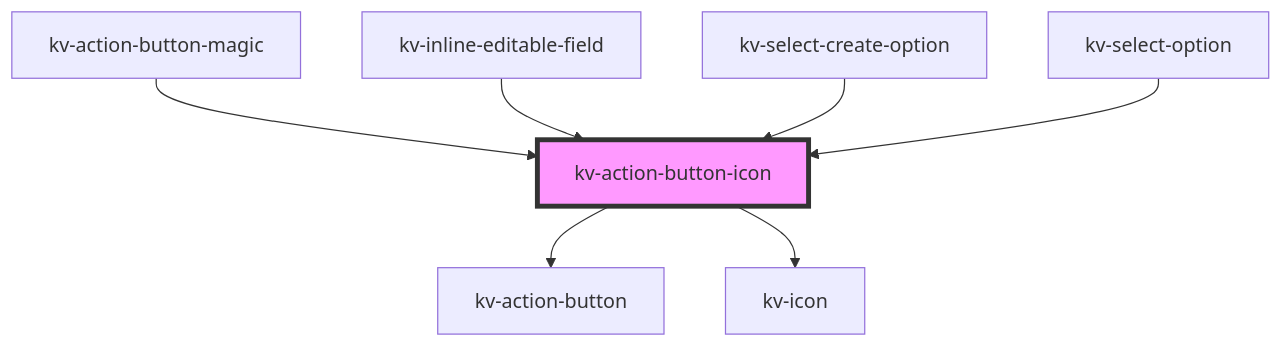
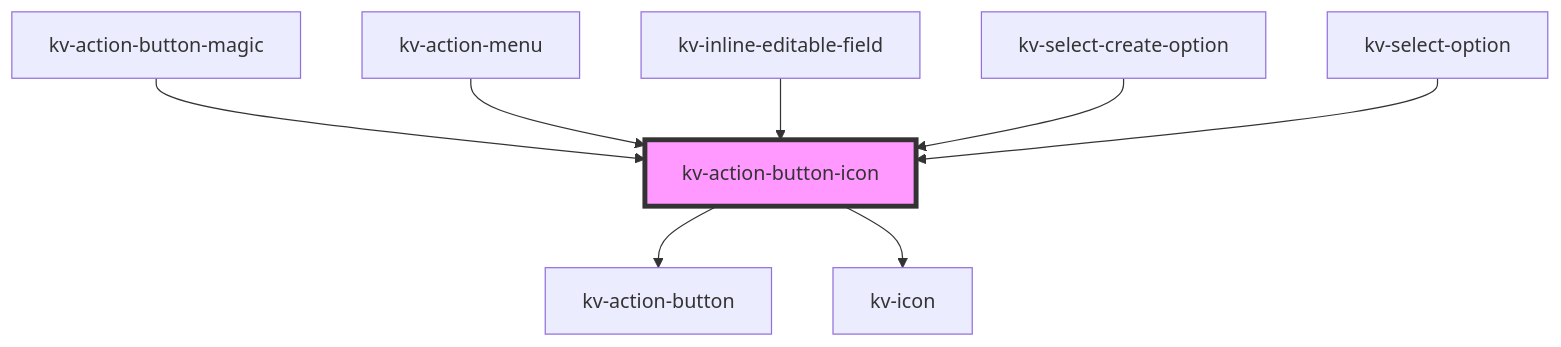
The diagram in packages/ui-components/src/components/action-button-icon/readme.md (kelvininc/ui-components), drawn with Mermaid before and after one commit. The commit also changed other lines of this file and 26 other files, not shown here.

First line of the commit message:
feat(action-menu): add accessible row actions

````diff
--- a/packages/ui-components/src/components/action-button-icon/readme.md
+++ b/packages/ui-components/src/components/action-button-icon/readme.md
@@ -90,10 +93,11 @@
 ```mermaid
 graph TD;
   kv-action-button-icon --> kv-action-button
   kv-action-button-icon --> kv-icon
   kv-action-button-magic --> kv-action-button-icon
+  kv-action-menu --> kv-action-button-icon
   kv-inline-editable-field --> kv-action-button-icon
   kv-select-create-option --> kv-action-button-icon
   kv-select-option --> kv-action-button-icon
   style kv-action-button-icon fill:#f9f,stroke:#333,stroke-width:4px
 ```
````
